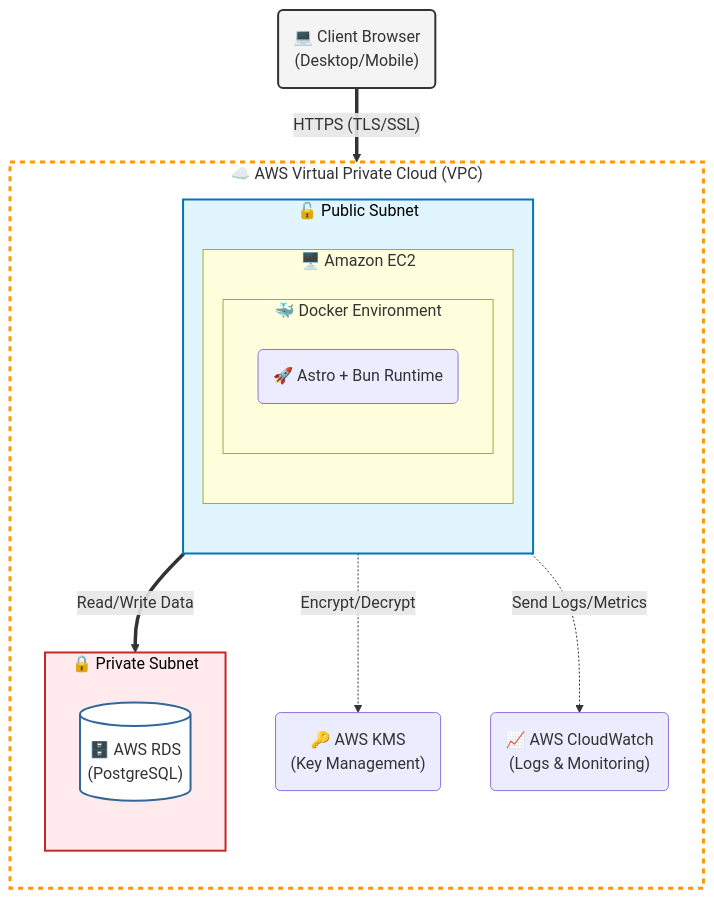
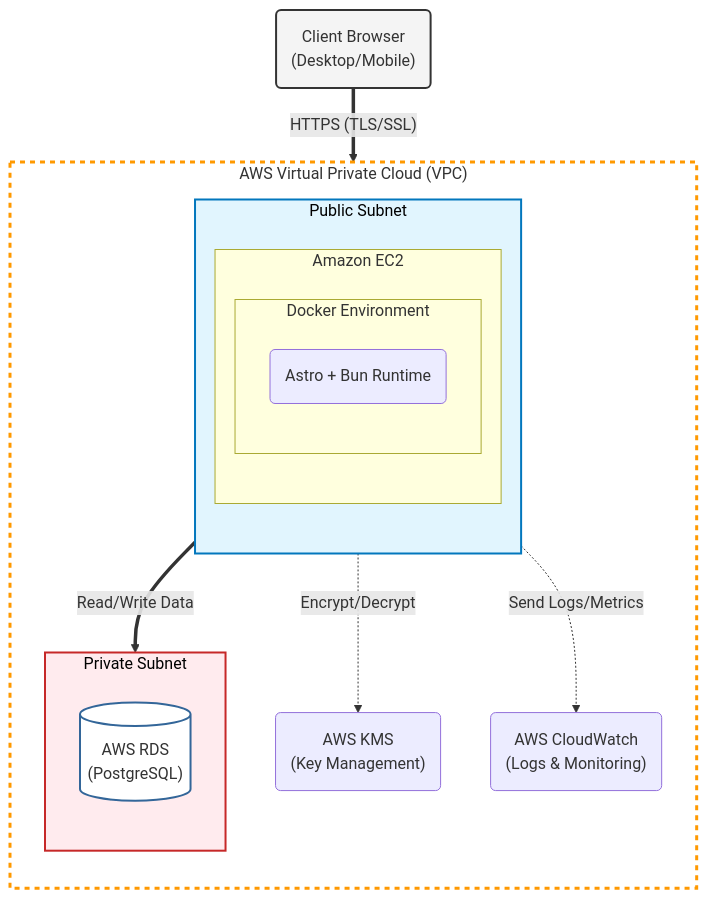
The first of 3 diagrams in SDD_University_Attendance_System.md (wildanaziz/astrodance), drawn with Mermaid before and after one commit. The commit also changed other lines of this file, not shown here.

Commit message:
`modified:` change typo in sdd documentation

````diff
--- a/SDD_University_Attendance_System.md
+++ b/SDD_University_Attendance_System.md
@@ -133,50 +133,50 @@
 ```mermaid
 flowchart TD
     %% Entitas Eksternal
-    Client("💻 Client Browser<br/>(Desktop/Mobile)")
+    Client("Client Browser<br/>(Desktop/Mobile)")
 
     %% Batas Cloud / VPC
-    subgraph VPC ["☁️ AWS Virtual Private Cloud (VPC)"]
+    subgraph VPC ["AWS Virtual Private Cloud (VPC)"]
         direction TB
         
         %% Public Subnet Area
-        subgraph PublicSubnet ["🔓 Public Subnet"]
+        subgraph PublicSubnet ["Public Subnet"]
             direction TB
-            subgraph EC2 ["🖥️ Amazon EC2"]
-                subgraph Docker ["🐳 Docker Environment"]
-                    App("🚀 Astro + Bun Runtime")
+            subgraph EC2 ["Amazon EC2"]
+                subgraph Docker ["Docker Environment"]
+                    App("Astro + Bun Runtime")
                 end
             end
         end
 
         %% Private Subnet Area
-        subgraph PrivateSubnet ["🔒 Private Subnet"]
+        subgraph PrivateSubnet ["Private Subnet"]
             direction TB
-            RDS[("🗄️ AWS RDS<br/>(PostgreSQL)")]
+            RDS[("AWS RDS<br/>(PostgreSQL)")]
         end
 
         %% AWS Managed Services
-        KMS("🔑 AWS KMS<br/>(Key Management)")
-        CW("📈 AWS CloudWatch<br/>(Logs & Monitoring)")
+        KMS("AWS KMS<br/>(Key Management)")
+        CW("AWS CloudWatch<br/>(Logs & Monitoring)")
     end
 
     %% Relasi dan Jalur Komunikasi
     Client == "HTTPS (TLS/SSL)" ==> App
     
     App ==>|"Read/Write Data"| RDS
     App -.->|"Encrypt/Decrypt"| KMS
     App -.->|"Send Logs/Metrics"| CW
 
     %% Pengaturan Gaya Tampilan Khusus
     classDef external fill:#f4f4f4,stroke:#333,stroke-width:2px,color:#333;
     classDef awsVpc fill:none,stroke:#FF9900,stroke-width:3px,stroke-dasharray: 5 5;
     classDef public fill:#e1f5fe,stroke:#0277bd,stroke-width:2px,color:#000;
     classDef private fill:#ffebee,stroke:#c62828,stroke-width:2px,color:#000;
     classDef db fill:#ffffff,stroke:#336699,stroke-width:2px,color:#333;
     
     class Client external;
     class VPC awsVpc;
     class PublicSubnet public;
     class PrivateSubnet private;
     class RDS db;
 ```
````
